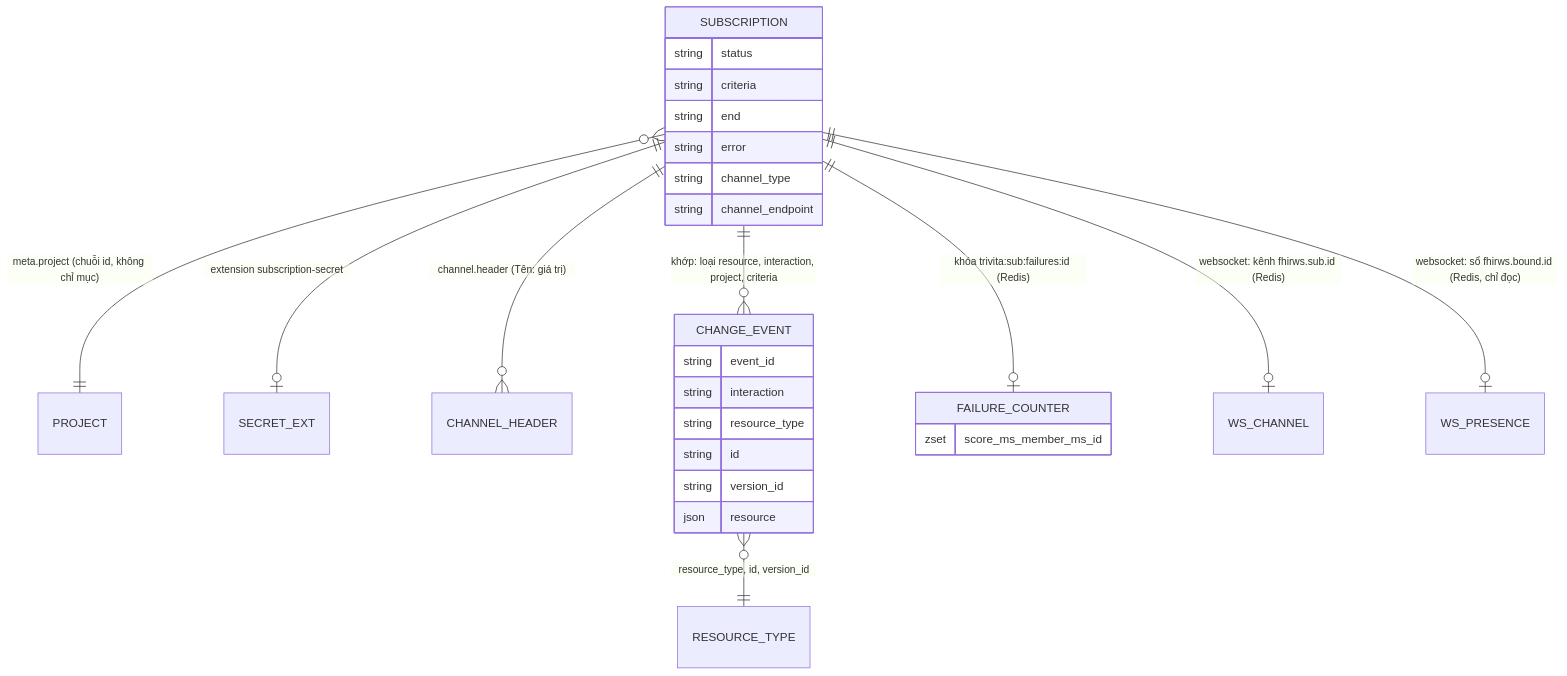
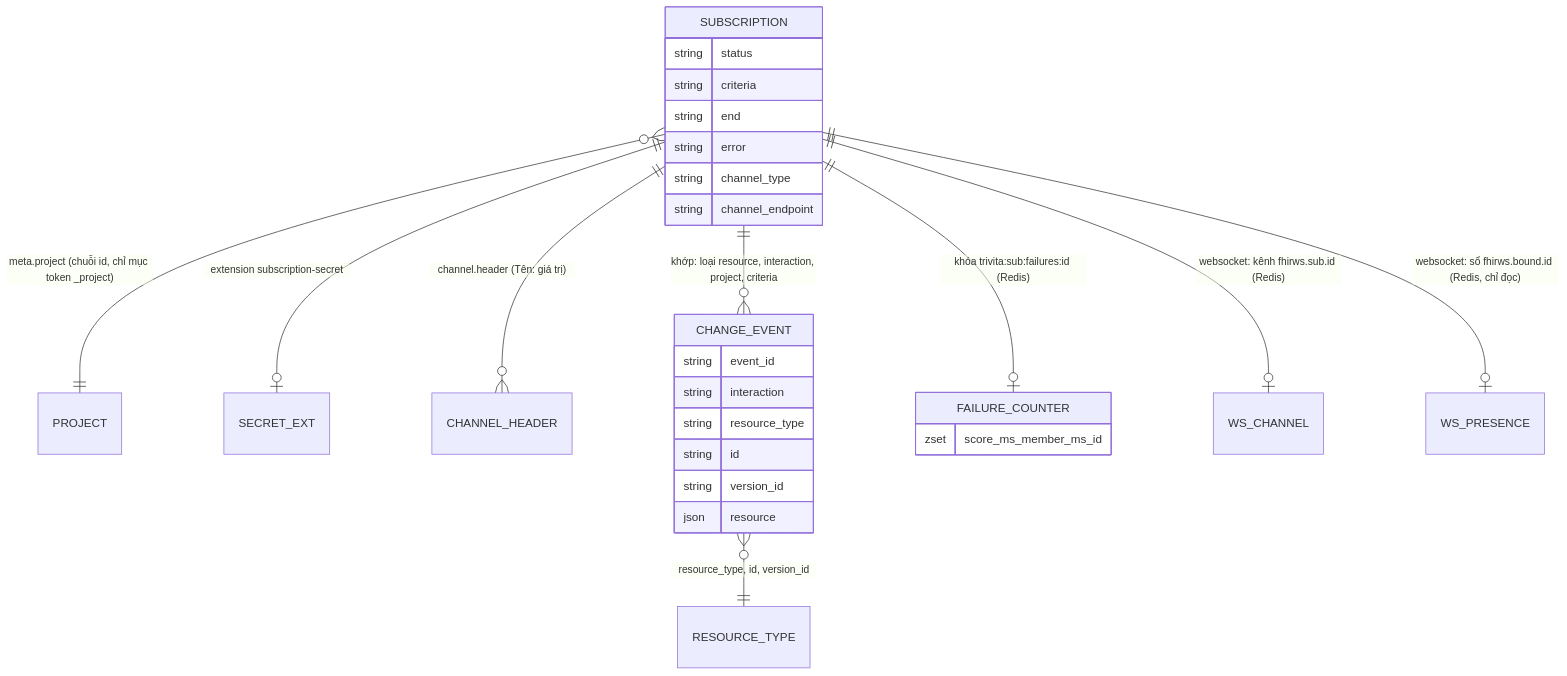
Before and after one commit to hoc-nguyenthai/medplum: the diagram in apps/fhir-notifier/docs/erd/02-mo-hinh-logic.md, drawn with Mermaid. The commit also changed 10 other files, not shown here.

Commit message:
ERD fhir-server: kho vật lý và Redis, 171 loại resource theo cụm, resource hệ thống, từ vựng và bảng dẫn xuất, quan hệ và toàn vẹn (không kiểm tham chiếu khi ghi); sửa ERD downloader và notifier: meta.project có chỉ mục _project

````diff
--- a/apps/fhir-notifier/docs/erd/02-mo-hinh-logic.md
+++ b/apps/fhir-notifier/docs/erd/02-mo-hinh-logic.md
@@ -7,30 +7,30 @@
 ```mermaid
 erDiagram
-    SUBSCRIPTION }o--|| PROJECT : "meta.project (chuỗi id, không chỉ mục)"
+    SUBSCRIPTION }o--|| PROJECT : "meta.project (chuỗi id, chỉ mục token _project)"
     SUBSCRIPTION ||--o| SECRET_EXT : "extension subscription-secret"
     SUBSCRIPTION ||--o{ CHANNEL_HEADER : "channel.header (Tên: giá trị)"
     SUBSCRIPTION ||--o{ CHANGE_EVENT : "khớp: loại resource, interaction, project, criteria"
     CHANGE_EVENT }o--|| RESOURCE_TYPE : "resource_type, id, version_id"
     SUBSCRIPTION ||--o| FAILURE_COUNTER : "khóa trivita:sub:failures:id (Redis)"
     SUBSCRIPTION ||--o| WS_CHANNEL : "websocket: kênh fhirws.sub.id (Redis)"
     SUBSCRIPTION ||--o| WS_PRESENCE : "websocket: sổ fhirws.bound.id (Redis, chỉ đọc)"
     SUBSCRIPTION {
       string status
       string criteria
       string end
       string error
       string channel_type
       string channel_endpoint
     }
     CHANGE_EVENT {
       string event_id
       string interaction
       string resource_type
       string id
       string version_id
       json resource
     }
     FAILURE_COUNTER {
       zset score_ms_member_ms_id
     }
 ```
````
